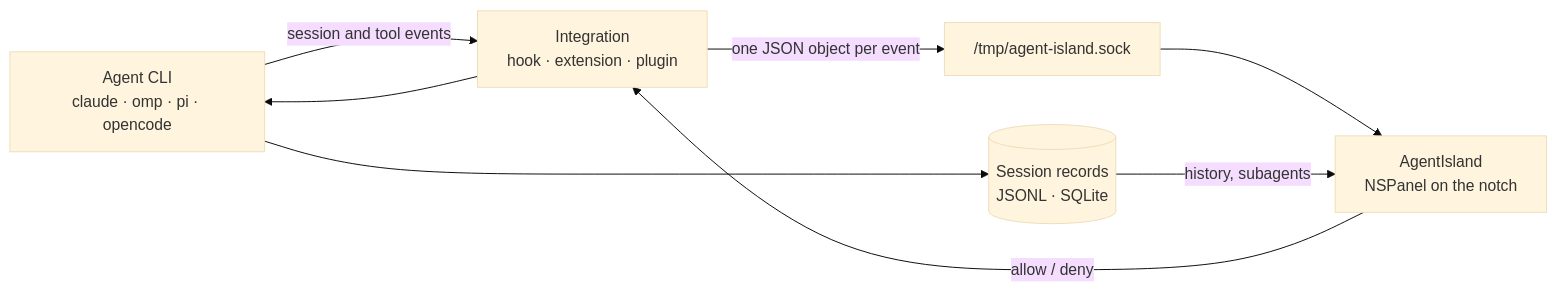
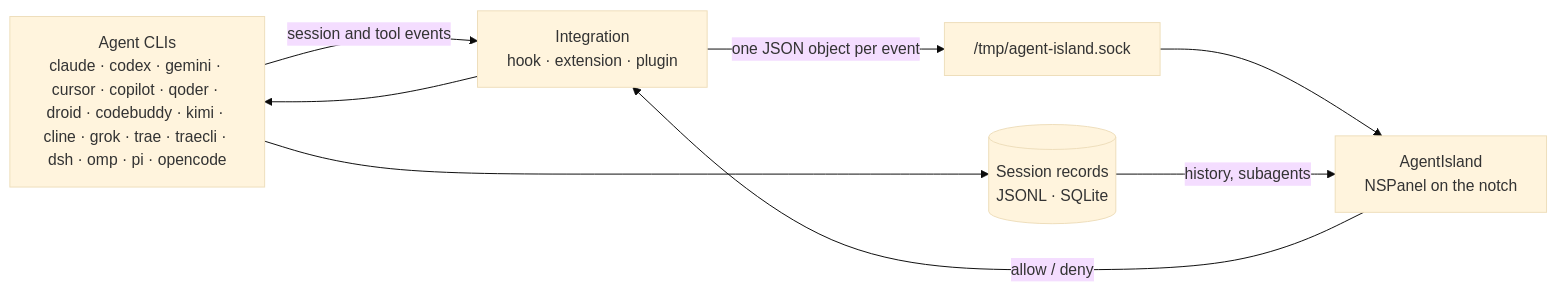
The diagram in README.md (seehar/agent-island), drawn with Mermaid (base theme) before and after one commit. The commit also changed other lines of this file and 50 other files, not shown here.

````diff
--- a/README.md
+++ b/README.md
@@ -136,16 +155,16 @@
 ```mermaid
 flowchart LR
-  CLI["Agent CLI<br/>claude · omp · pi · opencode"]
+  CLI["Agent CLIs<br/>claude · codex · gemini · cursor · copilot · qoder · droid · codebuddy · kimi · cline · grok · trae · traecli · dsh · omp · pi · opencode"]
   INT["Integration<br/>hook · extension · plugin"]
   SOCK["/tmp/agent-island.sock"]
   APP["AgentIsland<br/>NSPanel on the notch"]
   REC[("Session records<br/>JSONL · SQLite")]
 
   CLI -- "session and tool events" --> INT
   INT -- "one JSON object per event" --> SOCK
   SOCK --> APP
   CLI --> REC
   REC -- "history, subagents" --> APP
   APP -- "allow / deny" --> INT
   INT --> CLI
 ```
````
